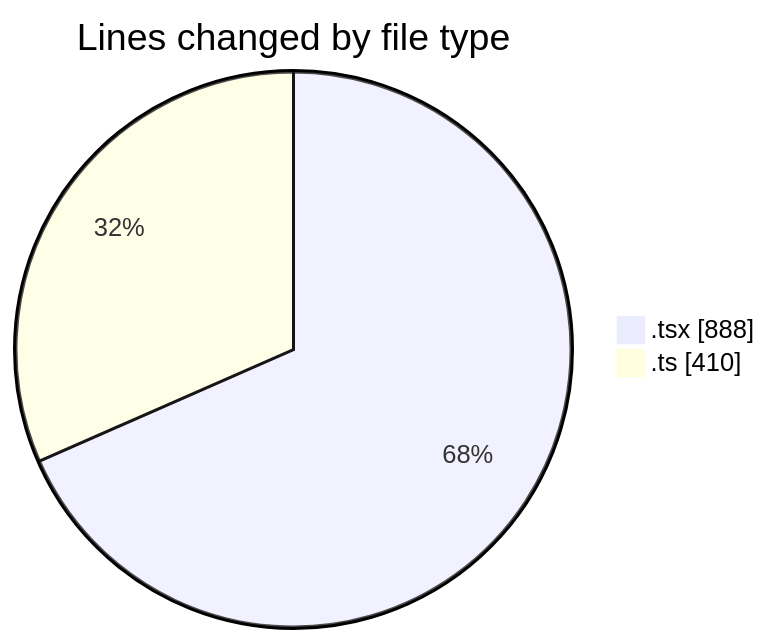
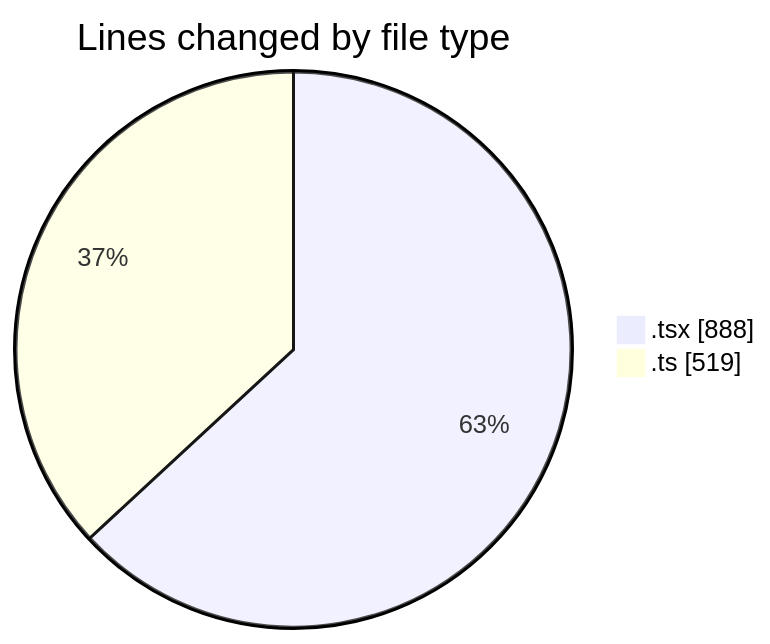
One commit to momahboobian/code-tracking changed the first of 2 diagrams in 2025-07-11/cda/README.md. Above: the diagram before and after it, drawn with Mermaid. The commit also changed other lines of this file and 1 other file, not shown here.

````diff
--- a/2025-07-11/cda/README.md
+++ b/2025-07-11/cda/README.md
@@ -23,6 +24,6 @@
 ```mermaid
 pie showData
 title Lines changed by file type
 ".tsx" : 888
-".ts" : 410
+".ts" : 519
 ```
````
